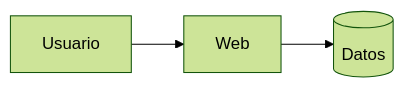
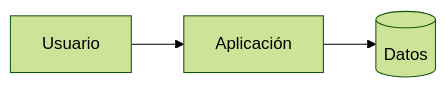
Before and after one commit to serbenda/project-template: the diagram in docs/ARQUITECTURA.md, drawn with Mermaid (forest theme). The commit also changed other lines of this file and 28 other files, not shown here.

````diff
--- a/docs/ARQUITECTURA.md
+++ b/docs/ARQUITECTURA.md
@@ -8,5 +8,5 @@
 ```mermaid
 flowchart LR
-  U[Usuario] --> W[Web]
-  W --> D[(Datos)]
+  U[Usuario] --> A[Aplicación]
+  A --> D[(Datos)]
 ```
````
